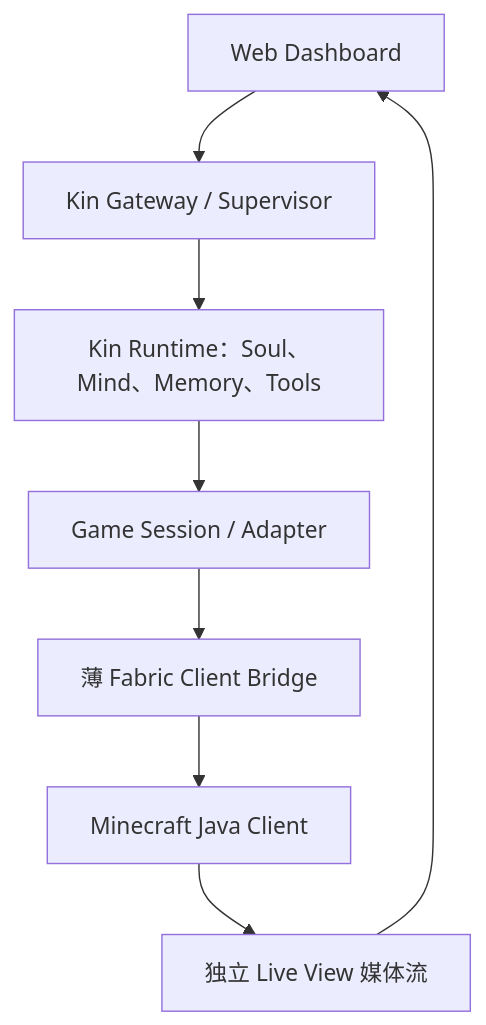
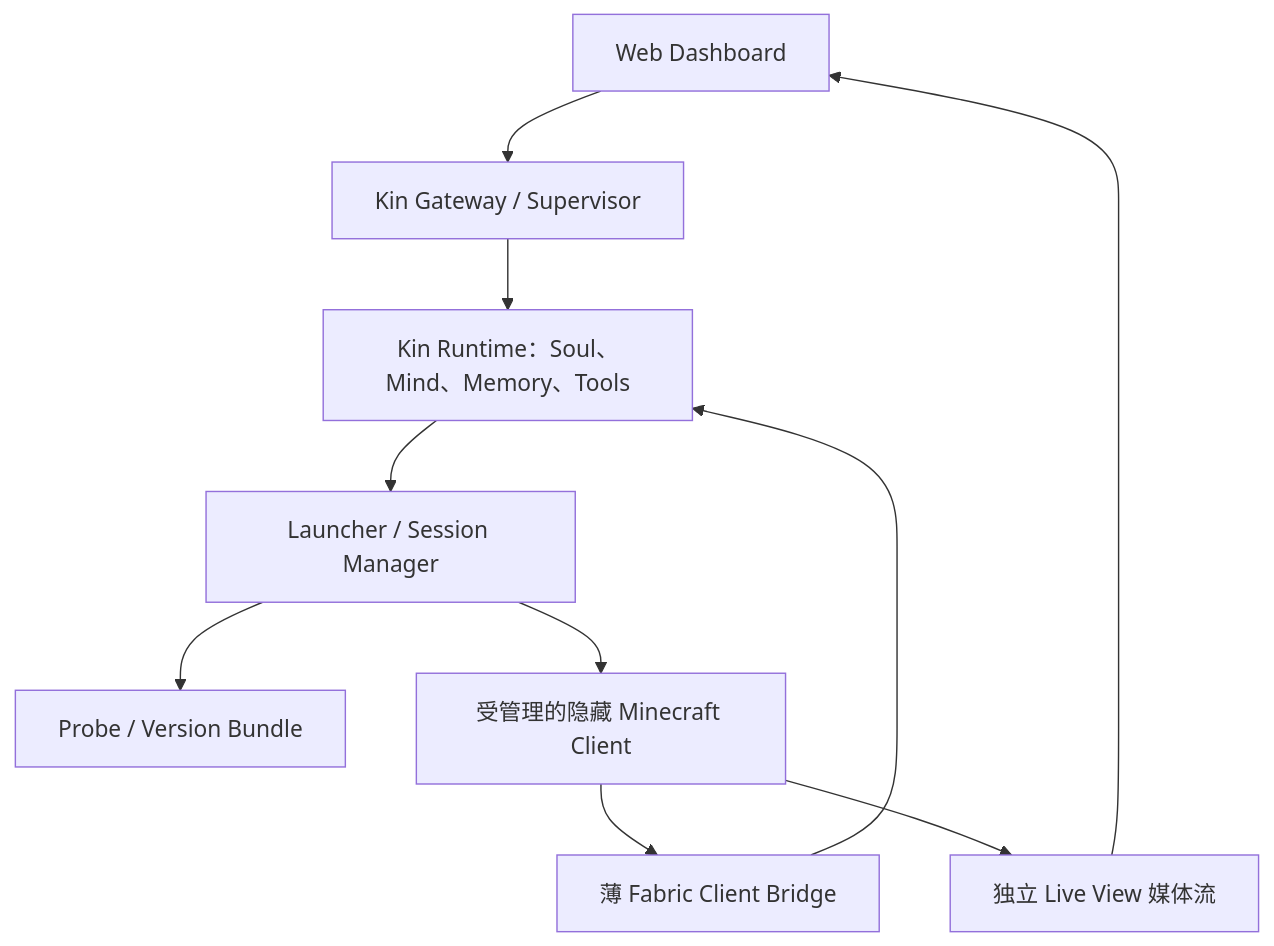
The diagram in README.md (printlndarling/minekin), drawn with Mermaid before and after one commit. The commit also changed other lines of this file and 9 other files, not shown here.

Commit message:
docs: define managed client launcher runtime

````diff
--- a/README.md
+++ b/README.md
@@ -29,10 +29,12 @@
 ```mermaid
 flowchart TD
     UI["Web Dashboard"] --> GW["Kin Gateway / Supervisor"]
     GW --> M["Kin Runtime：Soul、Mind、Memory、Tools"]
-    M --> S["Game Session / Adapter"]
-    S --> B["薄 Fabric Client Bridge"]
-    B --> MC["Minecraft Java Client"]
+    M --> S["Launcher / Session Manager"]
+    S --> P["Probe / Version Bundle"]
+    S --> MC["受管理的隐藏 Minecraft Client"]
+    MC --> B["薄 Fabric Client Bridge"]
+    B --> M
     MC --> V["独立 Live View 媒体流"]
     V --> UI
 ```
````
